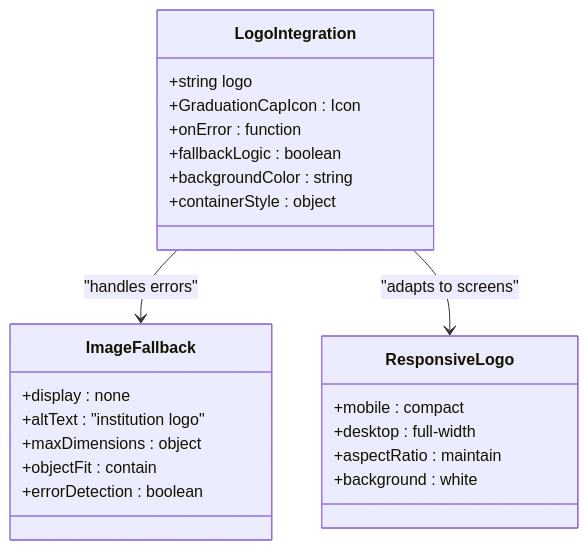
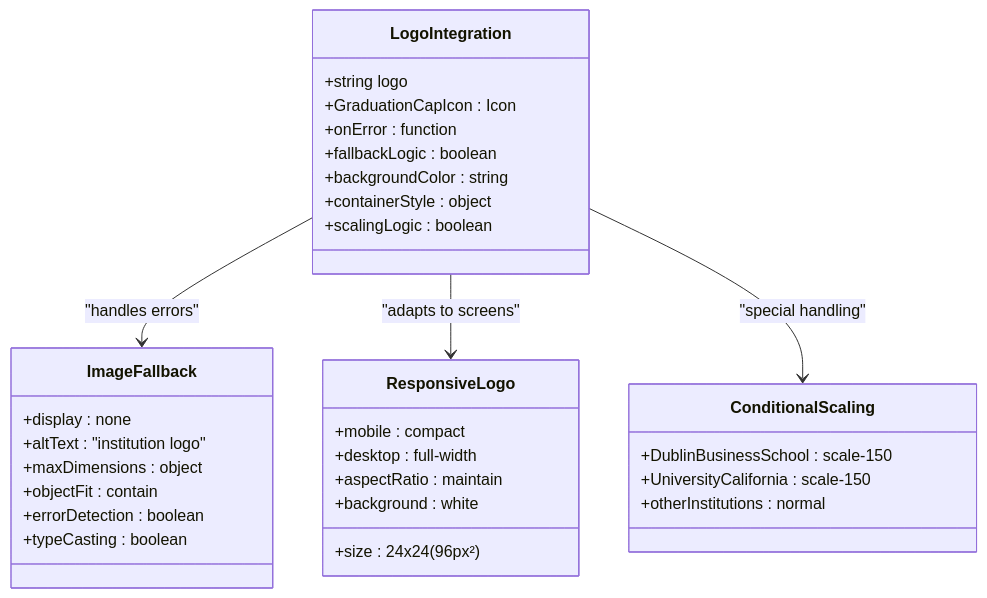
The eighth of 11 diagrams in .qoder/repowiki/en/content/Component Library & UI Elements/EducationSection Component.md (subash7781/Portfolio), drawn with Mermaid before and after one commit. The commit also changed other lines of this file and 3 other files, not shown here.

````diff
--- a/.qoder/repowiki/en/content/Component Library & UI Elements/EducationSection Component.md
+++ b/.qoder/repowiki/en/content/Component Library & UI Elements/EducationSection Component.md
@@ -434,26 +436,35 @@
 ```mermaid
 classDiagram
 class LogoIntegration {
 +string logo
 +GraduationCapIcon : Icon
 +onError : function
 +fallbackLogic : boolean
 +backgroundColor : string
 +containerStyle : object
++scalingLogic : boolean
 }
 class ImageFallback {
 +display : none
 +altText : "institution logo"
 +maxDimensions : object
 +objectFit : contain
 +errorDetection : boolean
++typeCasting : boolean
 }
 class ResponsiveLogo {
 +mobile : compact
 +desktop : full-width
 +aspectRatio : maintain
 +background : white
++size : 24x24 (96px²)
+}
+class ConditionalScaling {
++DublinBusinessSchool : scale-150
++UniversityCalifornia : scale-150
++otherInstitutions : normal
 }
 LogoIntegration --> ImageFallback : "handles errors"
 LogoIntegration --> ResponsiveLogo : "adapts to screens"
+LogoIntegration --> ConditionalScaling : "special handling"
 ```
````
